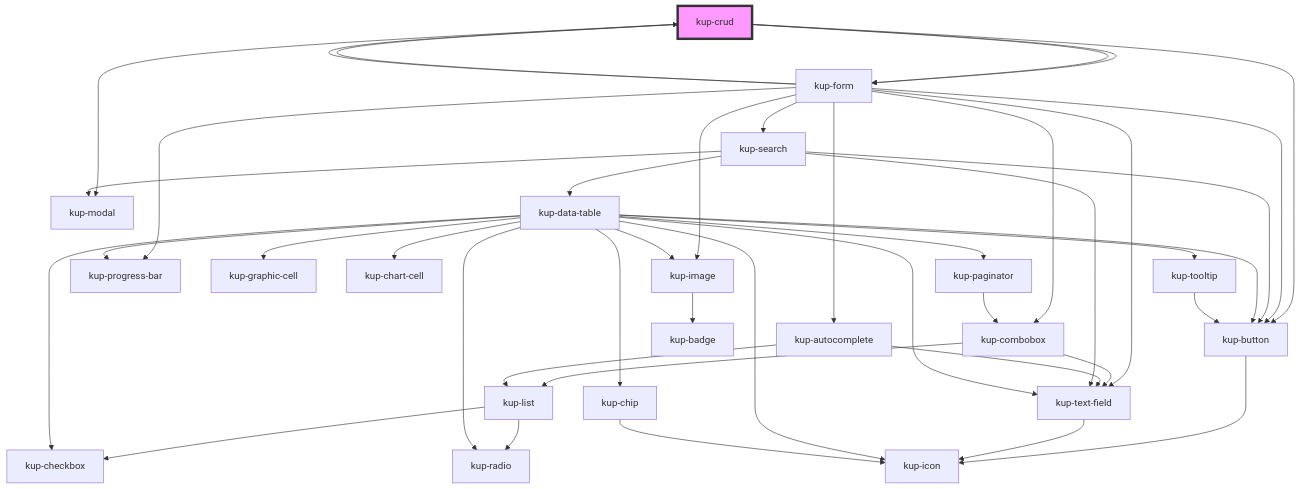
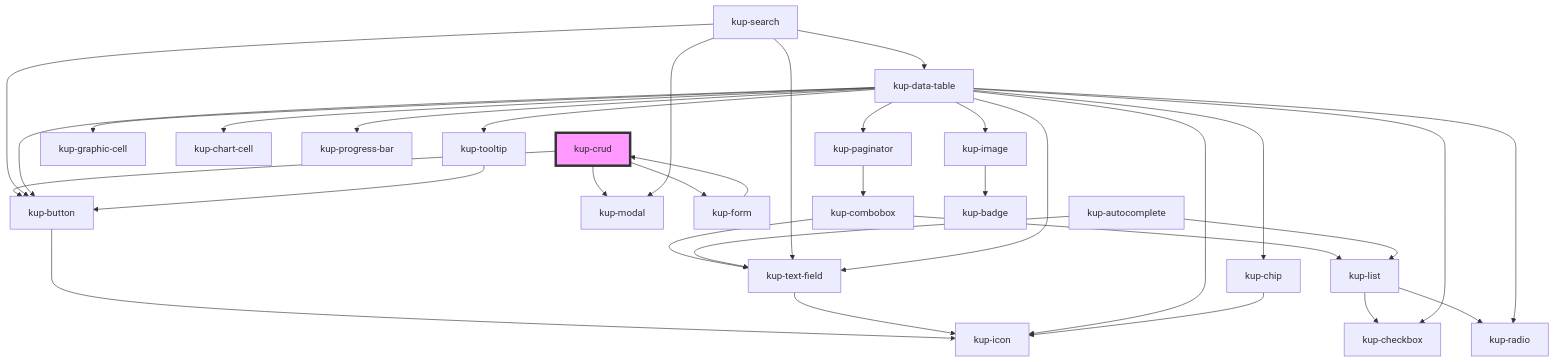
One commit to smeup/ketchup changed the diagram in packages/ketchup/src/components/kup-crud/readme.md. Above: the diagram before and after it, drawn with Mermaid. The commit also changed other lines of this file and 6 other files, not shown here.

````diff
--- a/packages/ketchup/src/components/kup-crud/readme.md
+++ b/packages/ketchup/src/components/kup-crud/readme.md
@@ -81,45 +80,36 @@
 ```mermaid
 graph TD;
   kup-crud --> kup-button
   kup-crud --> kup-modal
   kup-crud --> kup-form
-  kup-crud --> kup-form
   kup-button --> kup-icon
-  kup-form --> kup-combobox
-  kup-form --> kup-crud
-  kup-form --> kup-autocomplete
-  kup-form --> kup-search
-  kup-form --> kup-image
-  kup-form --> kup-progress-bar
-  kup-form --> kup-text-field
-  kup-form --> kup-button
   kup-form --> kup-crud
   kup-combobox --> kup-text-field
   kup-combobox --> kup-list
   kup-text-field --> kup-icon
   kup-list --> kup-radio
   kup-list --> kup-checkbox
   kup-autocomplete --> kup-text-field
   kup-autocomplete --> kup-list
   kup-search --> kup-text-field
   kup-search --> kup-button
   kup-search --> kup-modal
   kup-search --> kup-data-table
   kup-data-table --> kup-checkbox
   kup-data-table --> kup-text-field
   kup-data-table --> kup-icon
   kup-data-table --> kup-image
   kup-data-table --> kup-button
   kup-data-table --> kup-graphic-cell
   kup-data-table --> kup-chart-cell
   kup-data-table --> kup-progress-bar
   kup-data-table --> kup-radio
   kup-data-table --> kup-tooltip
   kup-data-table --> kup-paginator
   kup-data-table --> kup-chip
   kup-image --> kup-badge
   kup-tooltip --> kup-button
   kup-paginator --> kup-combobox
   kup-chip --> kup-icon
   style kup-crud fill:#f9f,stroke:#333,stroke-width:4px
 ```
````
